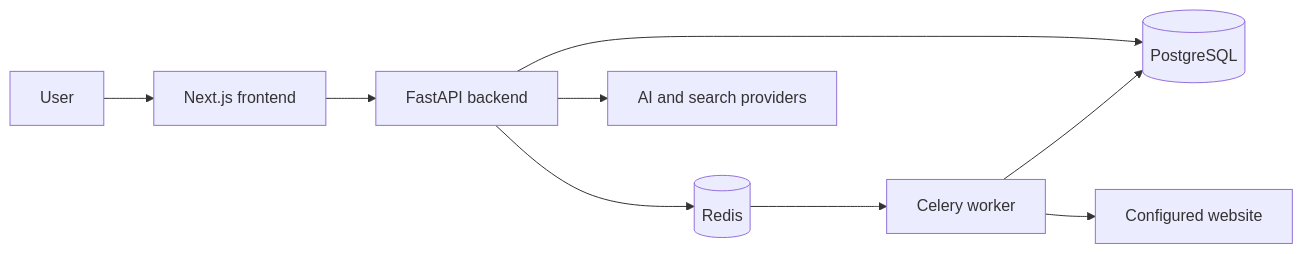
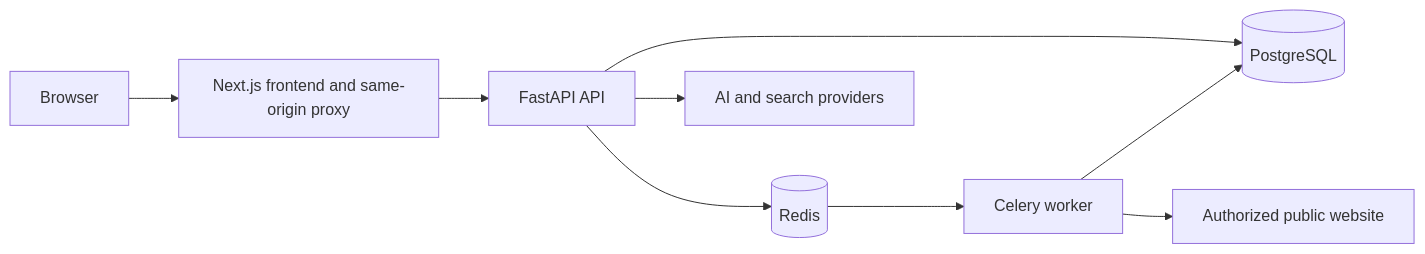
Before and after one commit to bhavyabafnaa/ai-visibility-analyzer: the diagram in docs/architecture.md, drawn with Mermaid. The commit also changed other lines of this file and 43 other files, not shown here.

````diff
--- a/docs/architecture.md
+++ b/docs/architecture.md
@@ -11,11 +12,11 @@
 ```mermaid
 flowchart LR
-    User[User] --> Web[Next.js frontend]
-    Web --> API[FastAPI backend]
+    User[Browser] --> Web[Next.js frontend and same-origin proxy]
+    Web --> API[FastAPI API]
     API --> DB[(PostgreSQL)]
     API --> Queue[(Redis)]
     API --> Providers[AI and search providers]
     Queue --> Worker[Celery worker]
     Worker --> DB
-    Worker --> Site[Configured website]
+    Worker --> Site[Authorized public website]
 ```
````
